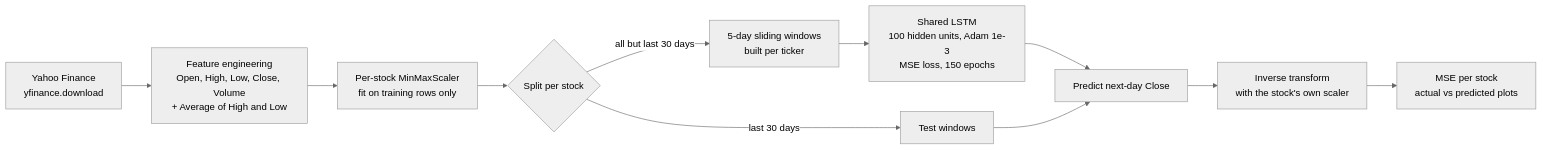
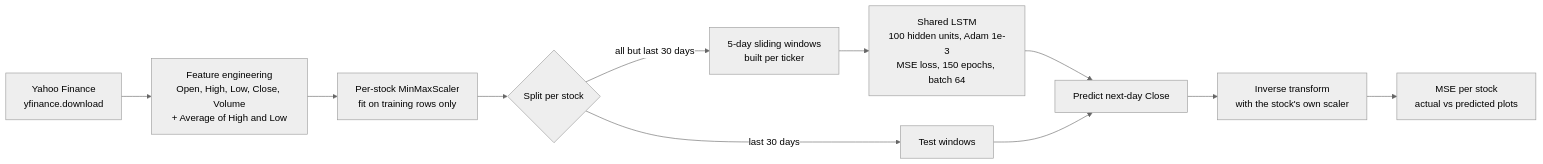
Before and after one commit to Sagargupta16/stock-market-prediction: the first of 2 diagrams in README.md, drawn with Mermaid (neutral theme). The commit also changed other lines of this file and 22 other files, not shown here.

````diff
--- a/README.md
+++ b/README.md
@@ -23,13 +45,13 @@
 ```mermaid
 flowchart LR
     YF[Yahoo Finance<br/>yfinance.download] --> FE[Feature engineering<br/>Open, High, Low, Close, Volume<br/>+ Average of High and Low]
     FE --> SC[Per-stock MinMaxScaler<br/>fit on training rows only]
     SC --> SPLIT{Split per stock}
     SPLIT -->|all but last 30 days| SEQ[5-day sliding windows<br/>built per ticker]
     SPLIT -->|last 30 days| TEST[Test windows]
-    SEQ --> TRAIN[Shared LSTM<br/>100 hidden units, Adam 1e-3<br/>MSE loss, 150 epochs]
+    SEQ --> TRAIN[Shared LSTM<br/>100 hidden units, Adam 1e-3<br/>MSE loss, 150 epochs, batch 64]
     TRAIN --> EVAL[Predict next-day Close]
     TEST --> EVAL
     EVAL --> INV[Inverse transform<br/>with the stock's own scaler]
     INV --> OUT[MSE per stock<br/>actual vs predicted plots]
 ```
````
